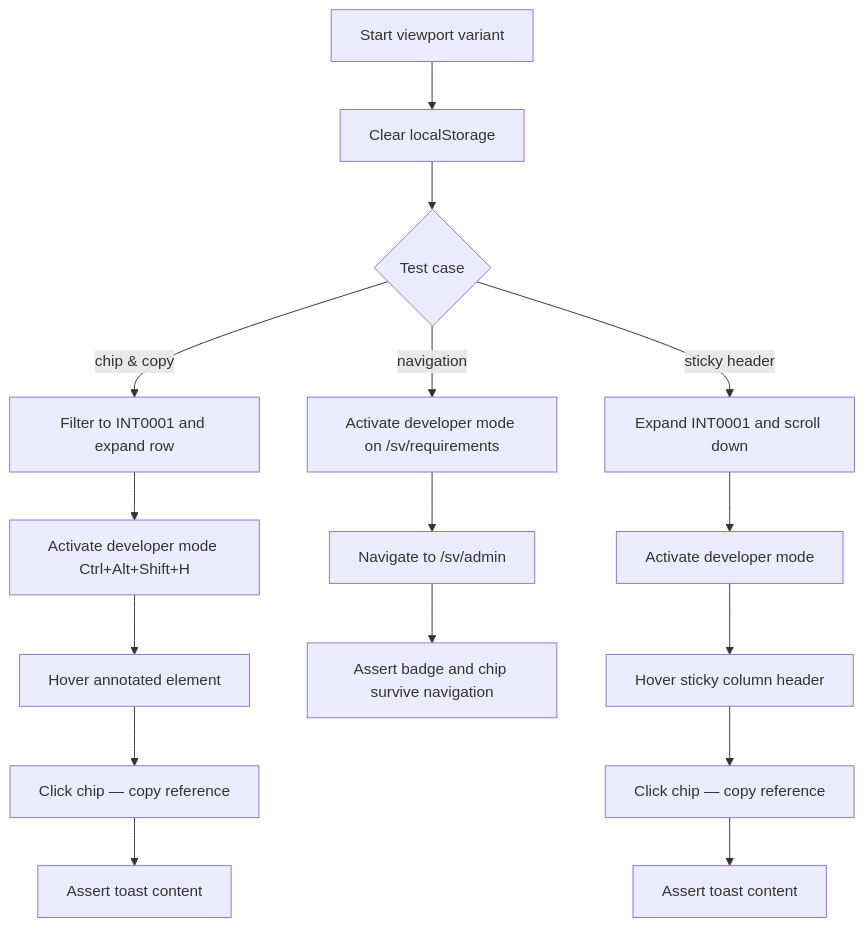
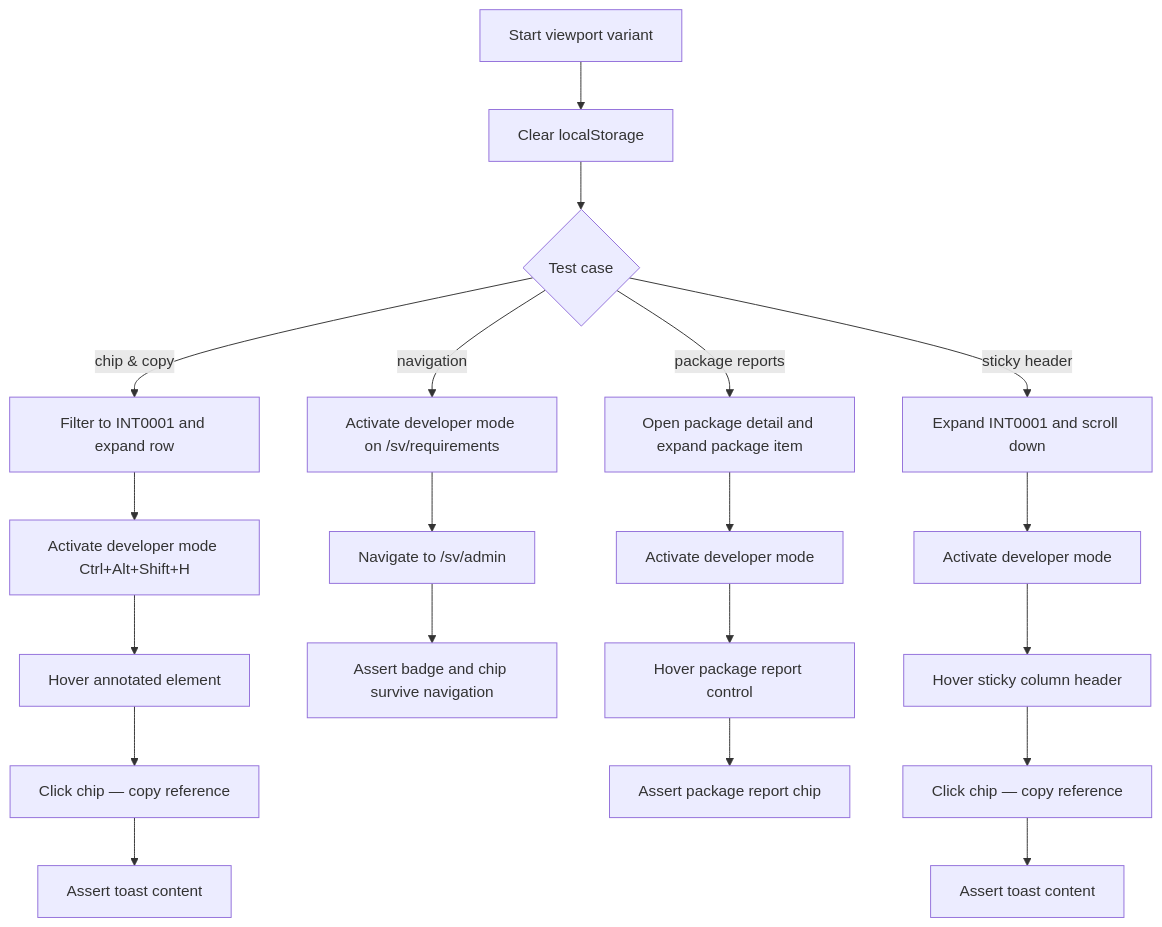
Before and after one commit to viscalyx/Kravhantering: the first of 4 diagrams in tests/integration/developer-mode-overlay.md, drawn with Mermaid. The commit also changed other lines of this file and 21 other files, not shown here.

````diff
--- a/tests/integration/developer-mode-overlay.md
+++ b/tests/integration/developer-mode-overlay.md
@@ -14,18 +14,22 @@
 ```mermaid
 flowchart TD
     A[Start viewport variant] --> B[Clear localStorage]
     B --> C{Test case}
     C -- chip & copy --> D[Filter to INT0001 and expand row]
     D --> E[Activate developer mode Ctrl+Alt+Shift+H]
     E --> F[Hover annotated element]
     F --> G[Click chip — copy reference]
     G --> H[Assert toast content]
     C -- navigation --> I[Activate developer mode on /sv/requirements]
     I --> J[Navigate to /sv/admin]
     J --> K[Assert badge and chip survive navigation]
-    C -- sticky header --> L[Expand INT0001 and scroll down]
+    C -- package reports --> L[Open package detail and expand package item]
     L --> M[Activate developer mode]
-    M --> N[Hover sticky column header]
-    N --> O[Click chip — copy reference]
-    O --> P[Assert toast content]
+    M --> N[Hover package report control]
+    N --> O[Assert package report chip]
+    C -- sticky header --> P[Expand INT0001 and scroll down]
+    P --> Q[Activate developer mode]
+    Q --> R[Hover sticky column header]
+    R --> S[Click chip — copy reference]
+    S --> T[Assert toast content]
 ```
````
